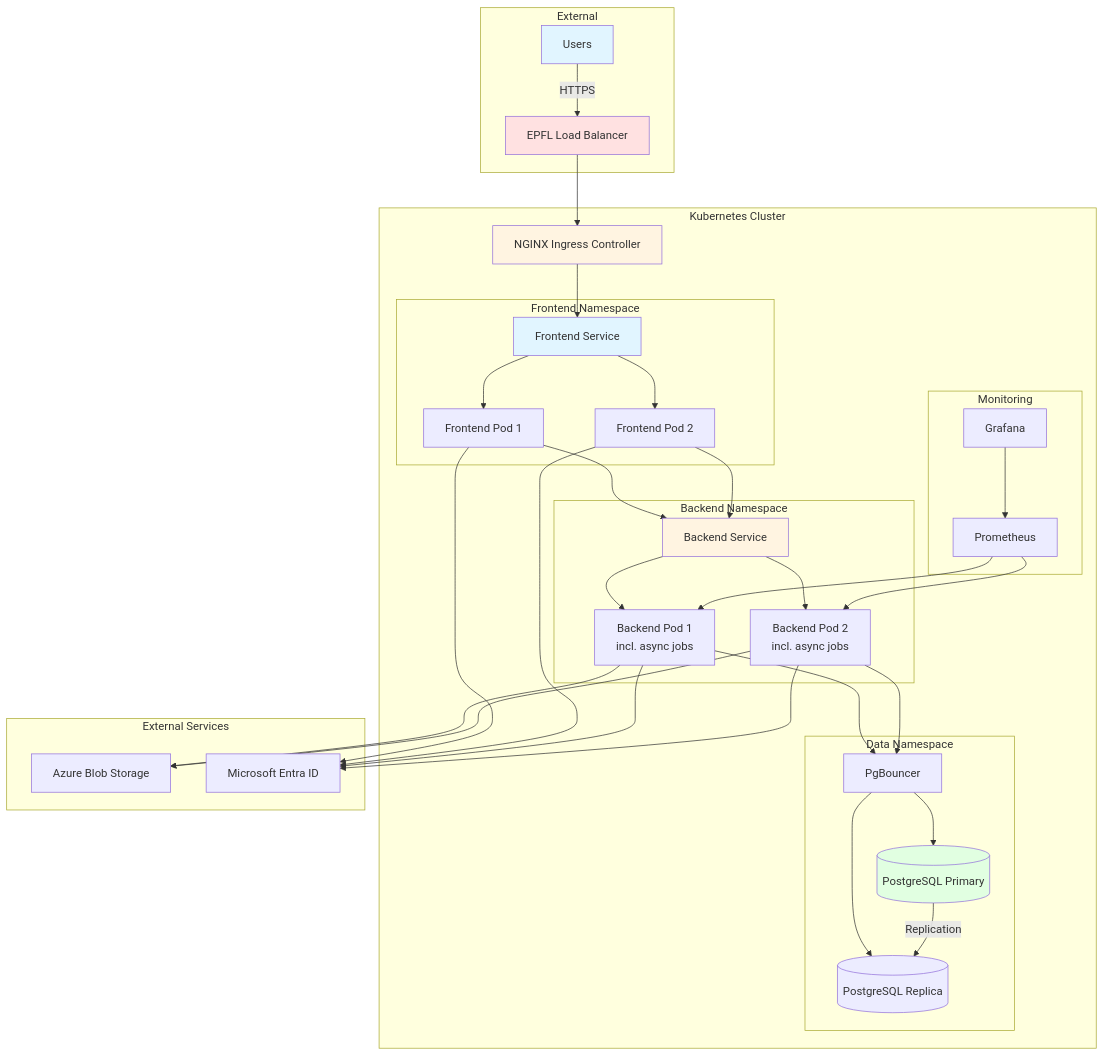
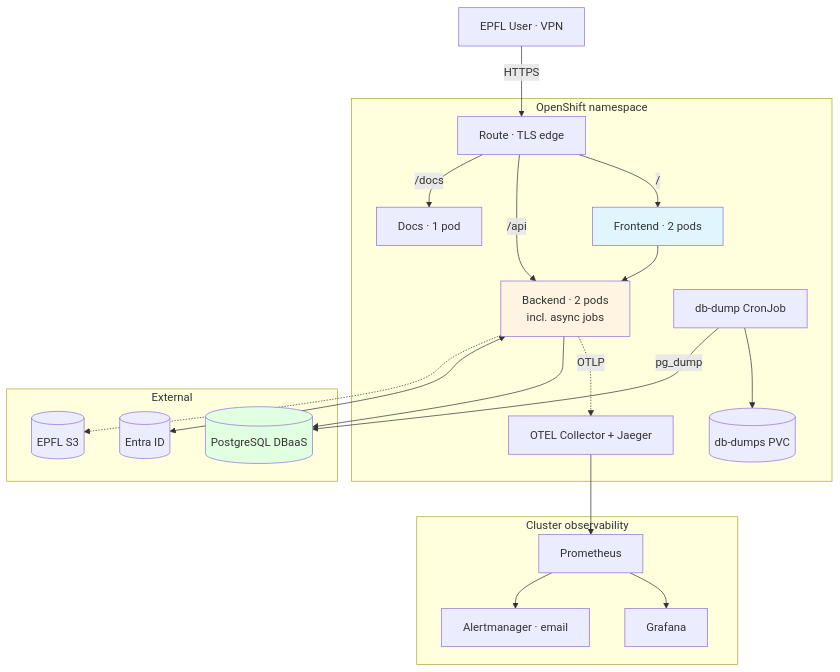
The second of 3 diagrams in docs/src/architecture/11-deployment-topology.md (EPFL-ENAC/co2-calculator), drawn with Mermaid before and after one commit. The commit also changed other lines of this file and 5 other files, not shown here.

````diff
--- a/docs/src/architecture/11-deployment-topology.md
+++ b/docs/src/architecture/11-deployment-topology.md
@@ -43,64 +55,45 @@
 ```mermaid
 graph TB
-    subgraph "External"
-        User[Users]
-        LB[EPFL Load Balancer]
+    User[EPFL User · VPN] -->|HTTPS| Route
+
+    subgraph "OpenShift namespace"
+        Route[Route · TLS edge]
+        FE[Frontend · 2 pods]
+        BE[Backend · 2 pods<br/>incl. async jobs]
+        Docs[Docs · 1 pod]
+        Otel[OTEL Collector + Jaeger]
+        DBDump[db-dump CronJob]
+        PVC[(db-dumps PVC)]
+
+        Route -->|/| FE
+        Route -->|/api| BE
+        Route -->|/docs| Docs
+        FE --> BE
+        BE -.->|OTLP| Otel
+        DBDump --> PVC
     end
 
-    subgraph "Kubernetes Cluster"
-        Ingress[NGINX Ingress Controller]
-
-        subgraph "Frontend Namespace"
-            FE1[Frontend Pod 1]
-            FE2[Frontend Pod 2]
-            FESvc[Frontend Service]
-        end
-
-        subgraph "Backend Namespace"
-            BE1[Backend Pod 1<br/>incl. async jobs]
-            BE2[Backend Pod 2<br/>incl. async jobs]
-            BESvc[Backend Service]
-        end
-
-        subgraph "Data Namespace"
-            PG[(PostgreSQL Primary)]
-            PGR[(PostgreSQL Replica)]
-            PGB[PgBouncer]
-        end
-
-        subgraph "Monitoring"
-            Prom[Prometheus]
-            Graf[Grafana]
-        end
+    subgraph "Cluster observability"
+        Prom[Prometheus]
+        Graf[Grafana]
+        Alert[Alertmanager · email]
+        Otel --> Prom
+        Prom --> Graf
+        Prom --> Alert
     end
 
-    subgraph "External Services"
-        S3[Azure Blob Storage]
-        Entra[Microsoft Entra ID]
+    subgraph "External"
+        PG[(PostgreSQL DBaaS)]
+        Entra[(Entra ID)]
+        S3[(EPFL S3)]
     end
 
-    User -->|HTTPS| LB
-    LB --> Ingress
-    Ingress --> FESvc
-    FESvc --> FE1 & FE2
-    FE1 & FE2 --> BESvc
-    BESvc --> BE1 & BE2
-    BE1 & BE2 --> PGB
-    BE1 & BE2 --> S3
-    PGB --> PG
-    PGB --> PGR
-    PG -->|Replication| PGR
+    BE --> PG
+    BE <--> Entra
+    BE -.-> S3
+    DBDump -->|pg_dump| PG
 
-    FE1 & FE2 --> Entra
-    BE1 & BE2 --> Entra
-
-    Prom --> BE1 & BE2
-    Graf --> Prom
-
-    style User fill:#e1f5ff
-    style LB fill:#ffe1e1
-    style Ingress fill:#fff4e1
-    style FESvc fill:#e1f5ff
-    style BESvc fill:#fff4e1
+    style FE fill:#e1f5ff
+    style BE fill:#fff4e1
     style PG fill:#e1ffe1
 ```
````
